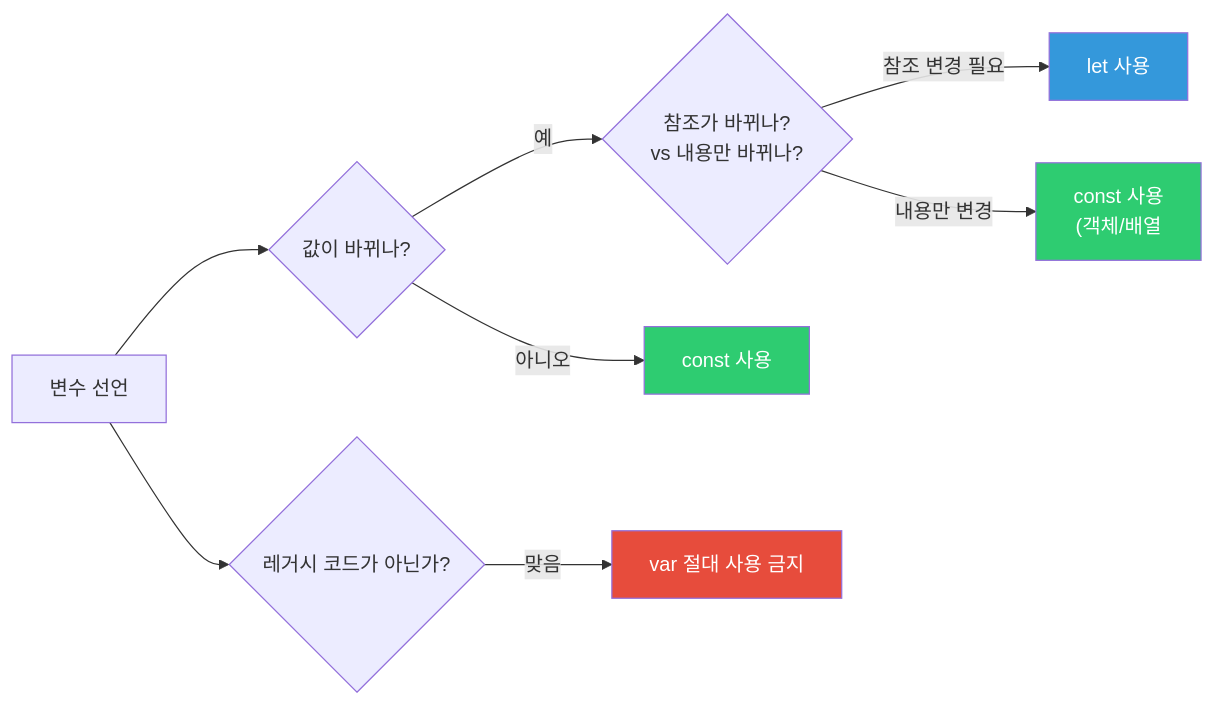
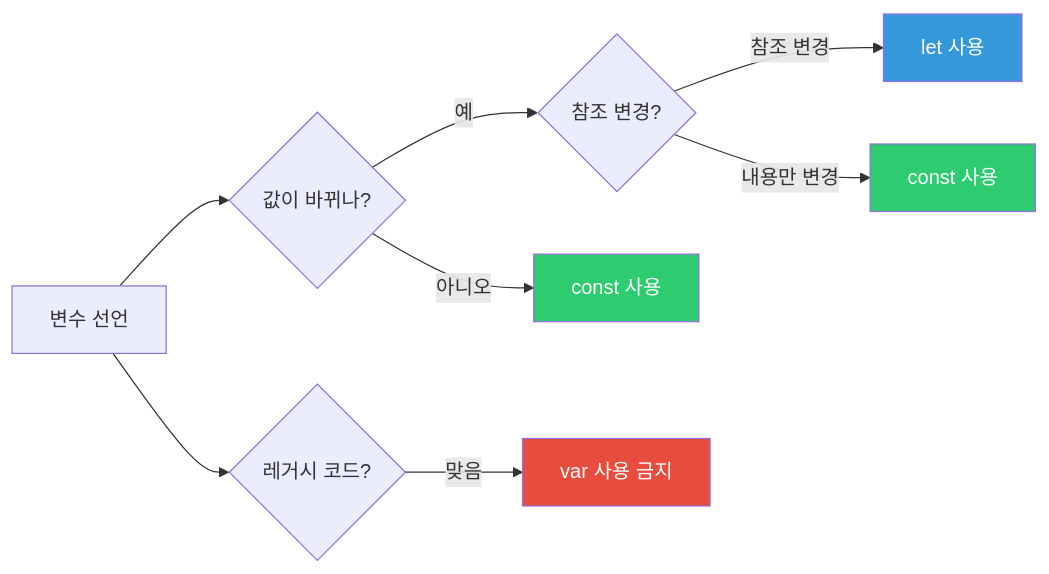
The eighth of 9 diagrams in _posts/frontend/2026-05-02-js-var-let-const.md (yjkim2015/yjkim2015.github.io), drawn with Mermaid before and after one commit. The commit also changed other lines of this file and 245 other files, not shown here.

First line of the commit message:
Mermaid 다이어그램 전면 수정 + 면접 포인트 접기/펼치기 + DB 데드락 페이지

````diff
--- a/_posts/frontend/2026-05-02-js-var-let-const.md
+++ b/_posts/frontend/2026-05-02-js-var-let-const.md
@@ -363,14 +363,14 @@
 ```mermaid
 flowchart LR
     A["변수 선언"] --> B{"값이 바뀌나?"}
-    B -->|"예"| C{"참조가 바뀌나?<br>vs 내용만 바뀌나?"}
+    B -->|"예"| C{"참조 변경?"}
     B -->|"아니오"| D["const 사용"]
-    C -->|"참조 변경 필요"| E["let 사용"]
-    C -->|"내용만 변경"| F["const 사용<br>(객체/배열"]
-    A --> G{"레거시 코드가 아닌가?"}
-    G -->|"맞음"| H["var 절대 사용 금지"]
+    C -->|"참조 변경"| E["let 사용"]
+    C -->|"내용만 변경"| F["const 사용"]
+    A --> G{"레거시 코드?"}
+    G -->|"맞음"| H["var 사용 금지"]
     style D fill:#2ecc71,color:#fff
     style E fill:#3498db,color:#fff
     style F fill:#2ecc71,color:#fff
     style H fill:#e74c3c,color:#fff
 ```
````
